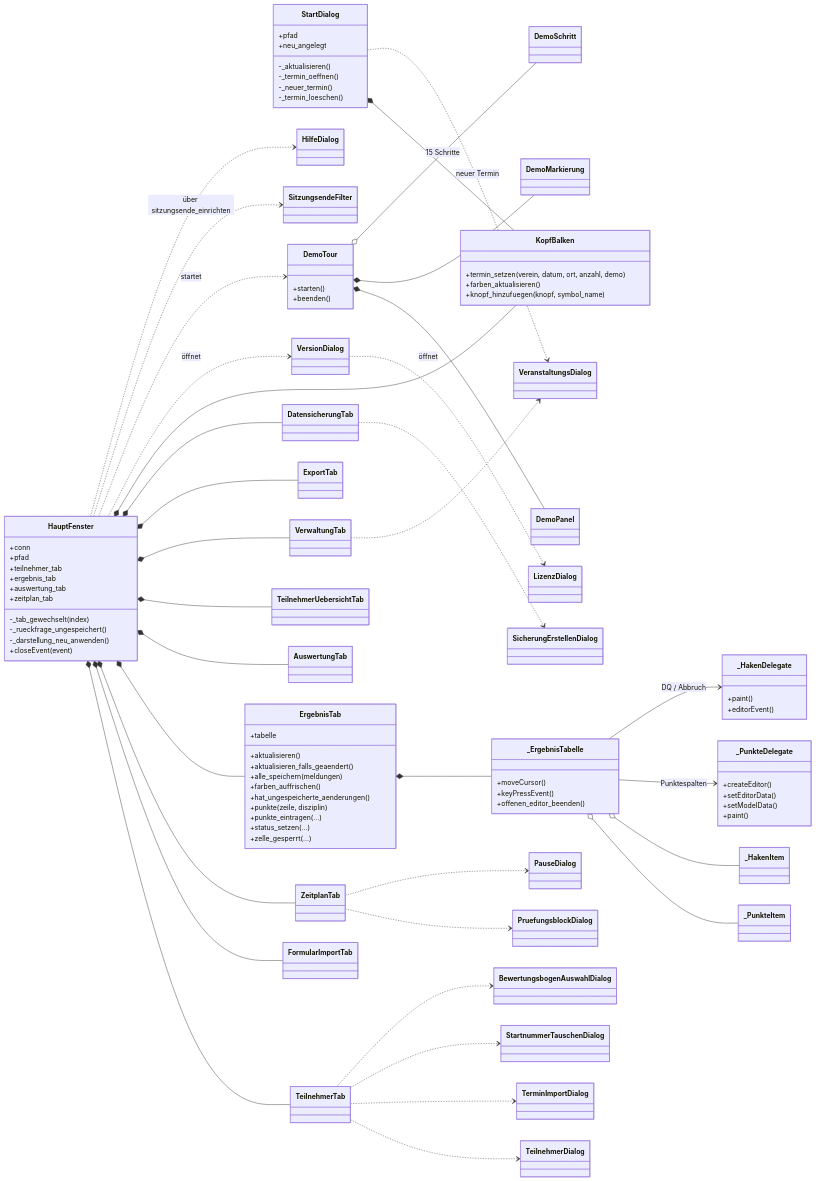
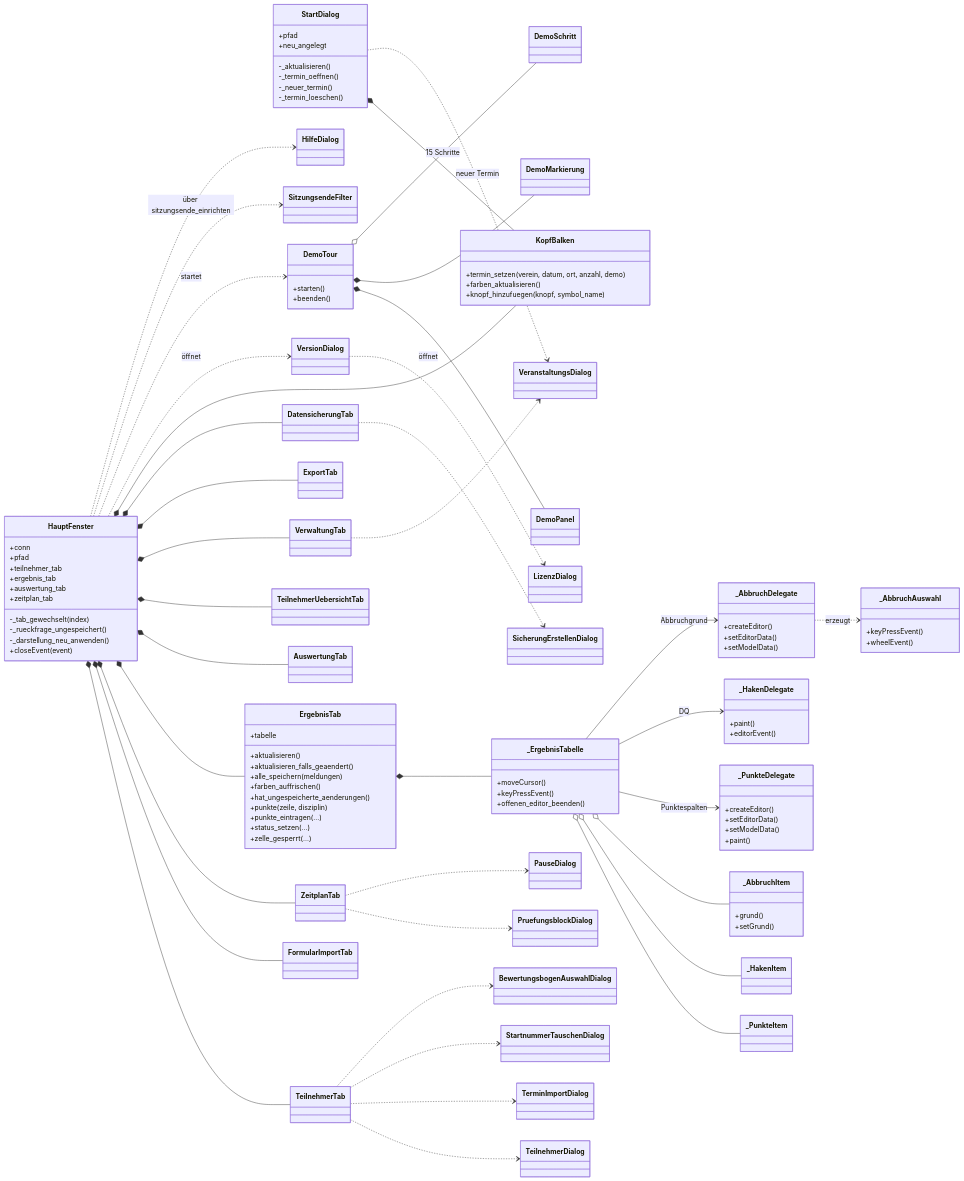
The second of 13 diagrams in UML.md (mbruver-source/SHS), drawn with Mermaid before and after one commit. The commit also changed other lines of this file and 37 other files, not shown here.

```diff
--- a/UML.md
+++ b/UML.md
@@ -141,8 +141,22 @@
         +paint()
         +editorEvent()
     }
+    class _AbbruchDelegate {
+        +createEditor()
+        +setEditorData()
+        +setModelData()
+    }
+    class _AbbruchAuswahl {
+        +keyPressEvent()
+        +wheelEvent()
+    }
     class _PunkteItem
     class _HakenItem
+    class _AbbruchItem {
+        +grund()
+        +setGrund()
+    }
+    _AbbruchDelegate ..> _AbbruchAuswahl : erzeugt
     class AuswertungTab
     class TeilnehmerUebersichtTab
     class ExportTab
@@ -189,8 +203,10 @@
     ErgebnisTab *-- _ErgebnisTabelle
     _ErgebnisTabelle o-- _PunkteItem
     _ErgebnisTabelle o-- _HakenItem
+    _ErgebnisTabelle o-- _AbbruchItem
     _ErgebnisTabelle --> _PunkteDelegate : Punktespalten
-    _ErgebnisTabelle --> _HakenDelegate : DQ / Abbruch
+    _ErgebnisTabelle --> _HakenDelegate : DQ
+    _ErgebnisTabelle --> _AbbruchDelegate : Abbruchgrund
 
     TeilnehmerTab ..> TeilnehmerDialog
     TeilnehmerTab ..> TerminImportDialog
```
